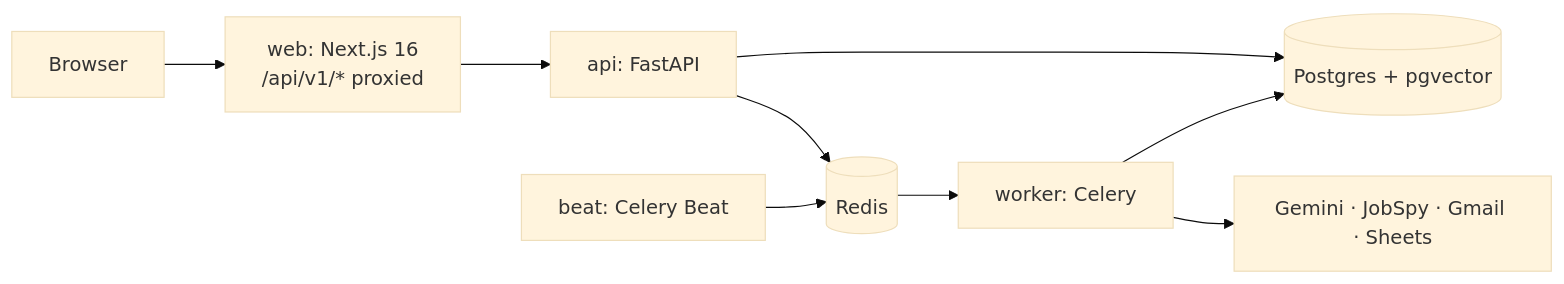
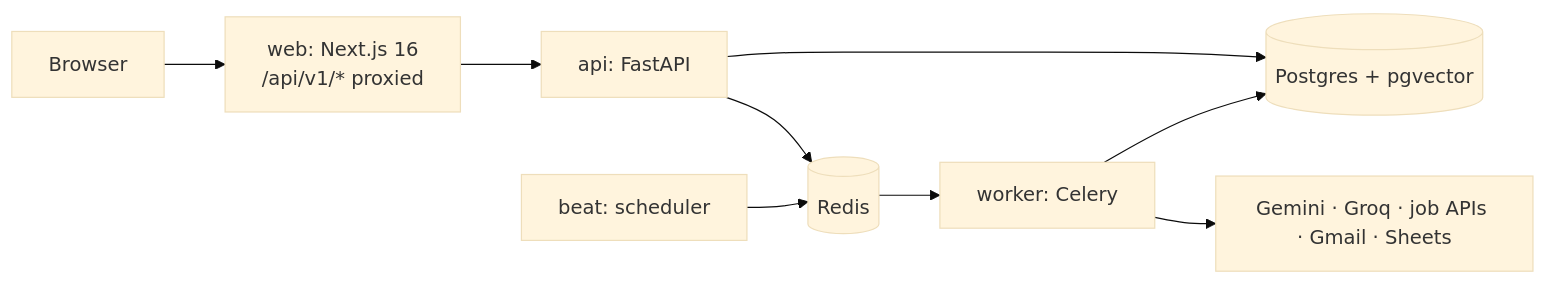
The diagram in README.md (Usman7576/JobPilot), drawn with Mermaid (base theme) before and after one commit. The commit also changed other lines of this file and 50 other files, not shown here.

````diff
--- a/README.md
+++ b/README.md
@@ -11,11 +28,11 @@
 ```mermaid
 flowchart LR
   B[Browser] --> W[web: Next.js 16<br/>/api/v1/* proxied]
   W --> A[api: FastAPI]
   A --> PG[(Postgres + pgvector)]
   A --> R[(Redis)]
   R --> WK[worker: Celery]
-  BT[beat: Celery Beat] --> R
+  BT[beat: scheduler] --> R
   WK --> PG
-  WK --> X[Gemini · JobSpy · Gmail · Sheets]
+  WK --> X[Gemini · Groq · job APIs · Gmail · Sheets]
 ```
````
